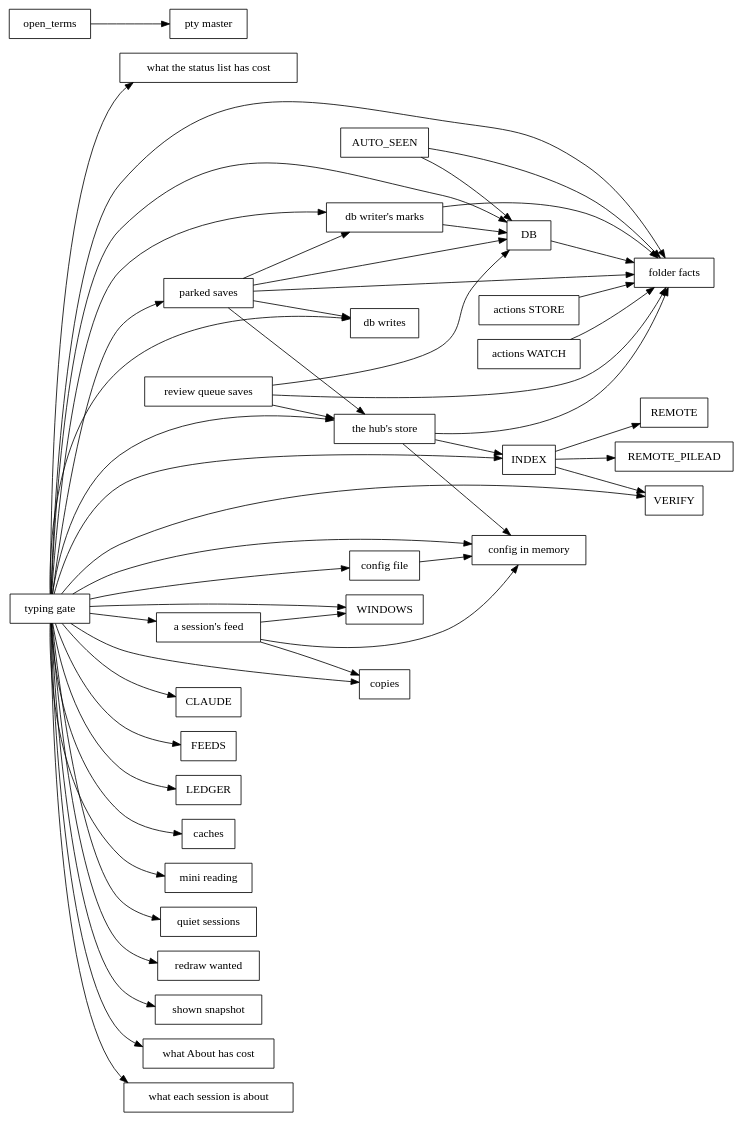
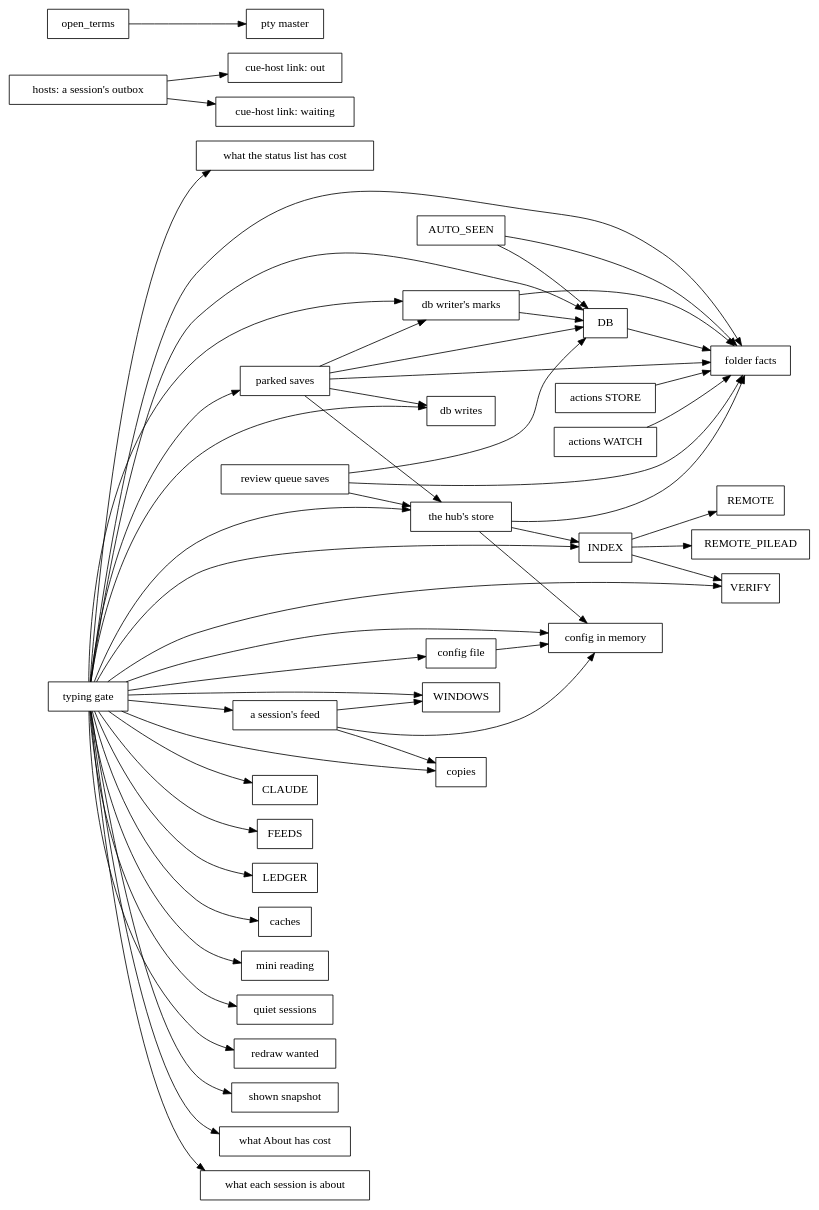
The diagram in docs/dev/lock-graph.dot (spacegrowth/cue), drawn with Graphviz before and after one commit. The commit also changed 60 other files, not shown here.

```diff
--- a/docs/dev/lock-graph.dot
+++ b/docs/dev/lock-graph.dot
@@ -1,55 +1,57 @@
 // Generated by `cargo run -p xtask -- inventory`; don't edit by hand.
 digraph locks {
   rankdir=LR;
   node [shape=box];
   "AUTO_SEEN" -> "DB";
   "AUTO_SEEN" -> "folder facts";
   "DB" -> "folder facts";
   "INDEX" -> "REMOTE";
   "INDEX" -> "REMOTE_PILEAD";
   "INDEX" -> "VERIFY";
   "a session's feed" -> "WINDOWS";
   "a session's feed" -> "config in memory";
   "a session's feed" -> "copies";
   "actions STORE" -> "folder facts";
   "actions WATCH" -> "folder facts";
   "config file" -> "config in memory";
   "db writer's marks" -> "DB";
   "db writer's marks" -> "folder facts";
+  "hosts: a session's outbox" -> "cue-host link: out";
+  "hosts: a session's outbox" -> "cue-host link: waiting";
   "open_terms" -> "pty master";
   "parked saves" -> "DB";
   "parked saves" -> "db writer's marks";
   "parked saves" -> "db writes";
   "parked saves" -> "folder facts";
   "parked saves" -> "the hub's store";
   "review queue saves" -> "DB";
   "review queue saves" -> "folder facts";
   "review queue saves" -> "the hub's store";
   "the hub's store" -> "INDEX";
   "the hub's store" -> "config in memory";
   "the hub's store" -> "folder facts";
   "typing gate" -> "CLAUDE";
   "typing gate" -> "DB";
   "typing gate" -> "FEEDS";
   "typing gate" -> "INDEX";
   "typing gate" -> "LEDGER";
   "typing gate" -> "VERIFY";
   "typing gate" -> "WINDOWS";
   "typing gate" -> "a session's feed";
   "typing gate" -> "caches";
   "typing gate" -> "config file";
   "typing gate" -> "config in memory";
   "typing gate" -> "copies";
   "typing gate" -> "db writer's marks";
   "typing gate" -> "db writes";
   "typing gate" -> "folder facts";
   "typing gate" -> "mini reading";
   "typing gate" -> "parked saves";
   "typing gate" -> "quiet sessions";
   "typing gate" -> "redraw wanted";
   "typing gate" -> "shown snapshot";
   "typing gate" -> "the hub's store";
   "typing gate" -> "what About has cost";
   "typing gate" -> "what each session is about";
   "typing gate" -> "what the status list has cost";
 }
```
